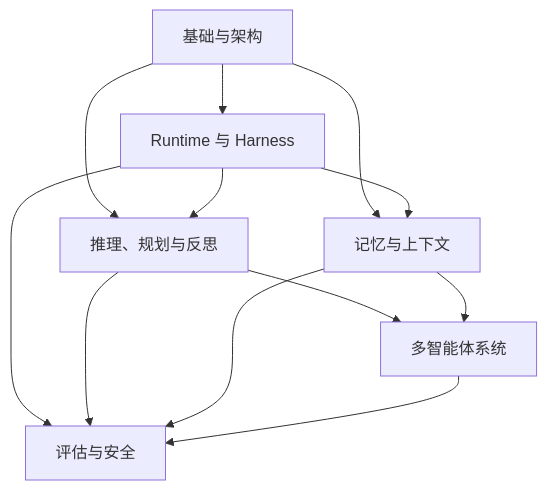
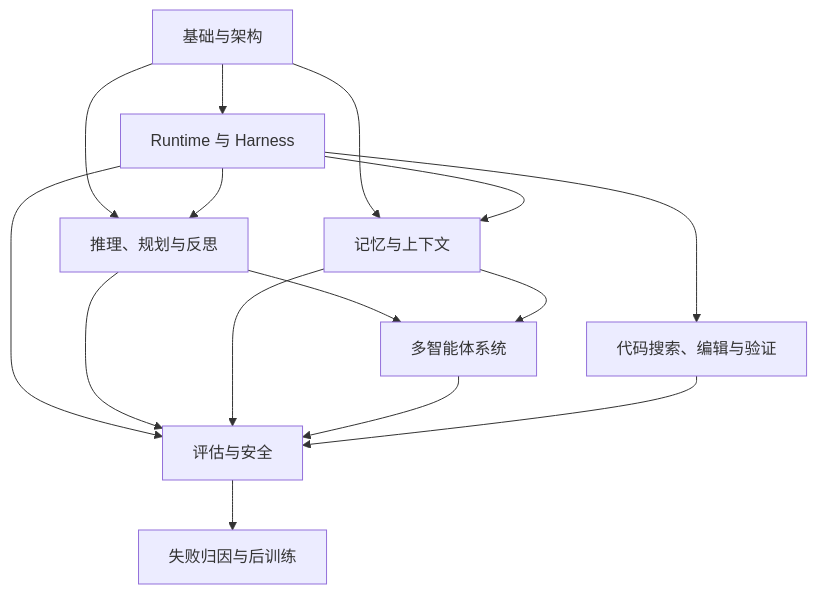
Before and after one commit to oneleaveknowsthefall/awesome-ai-roadmap: the diagram in docs/agent/README.md, drawn with Mermaid. The commit also changed other lines of this file and 11 other files, not shown here.

````diff
--- a/docs/agent/README.md
+++ b/docs/agent/README.md
@@ -20,14 +22,17 @@
 ```mermaid
 flowchart TB
     F[基础与架构] --> H[Runtime 与 Harness]
     F --> R[推理、规划与反思]
     F --> M[记忆与上下文]
     H --> R
     H --> M
     R --> A[多智能体系统]
     M --> A
     H --> P[评估与安全]
     R --> P
     M --> P
     A --> P
+    H --> C[代码搜索、编辑与验证]
+    C --> P
+    P --> T[失败归因与后训练]
 ```
````
